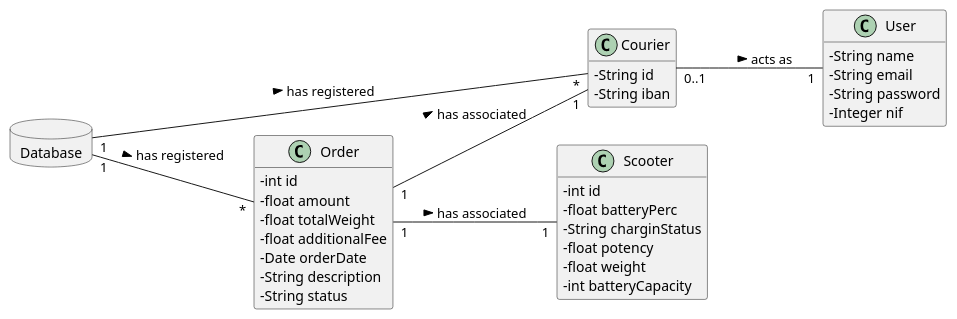
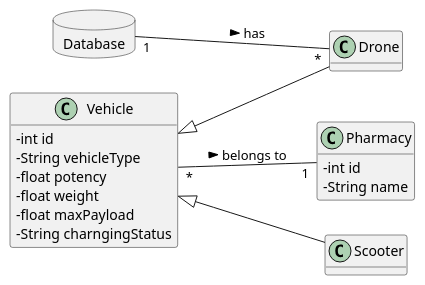
Before and after one commit to tiagoavcosta25/LAPR3: the diagram in docs/Iteration 3/Delivery Management/Refinement/US55_MaxPayload/US55_DM.puml, drawn with PlantUML. The commit also changed other lines of this file and 72 other files, not shown here.

Commit message:
LAPR2AP2-All issues #fixing Readme (Report) and some bug fixing in all diagrams. [Design]

```diff
--- a/docs/Iteration 3/Delivery Management/Refinement/US55_MaxPayload/US55_DM.puml
+++ b/docs/Iteration 3/Delivery Management/Refinement/US55_MaxPayload/US55_DM.puml
@@ -1,43 +1,32 @@
 @startuml
 skinparam classAttributeIconSize 0
 hide methods
 left to right direction
 
 database Database {
 }
 
-class User{
--   String name
--   String email
--   String password
--   Integer nif
+class Pharmacy {
+  -int id
+  -String name
 }
-class Courier {
-      -String id
-      -String iban
+
+class Drone{
 }
-class Scooter{
+
+class Vehicle{
   -int id
-  -float batteryPerc
-  -String charginStatus
+  -String vehicleType
   -float potency
   -float weight
-  -int batteryCapacity
+  -float maxPayload
+  -String charngingStatus
 }
 
-class Order{
--   int id
--   float amount
--   float totalWeight
--   float additionalFee
--   Date orderDate
--   String description
--   String status
-}
 
-Database "1" -- "*" Courier : has registered >
-Database "1" -- "*" Order : has registered >
-Courier "0..1" -- "1" User: acts as >
-Order "1" -- "1" Scooter : has associated >
-Order "1" -- "1" Courier : has associated >
+
+Database "1" -- "*" Drone : has >
+Vehicle "*" -- "1" Pharmacy : belongs to >
+class Drone extends Vehicle
+class Scooter extends Vehicle
 @enduml
```
